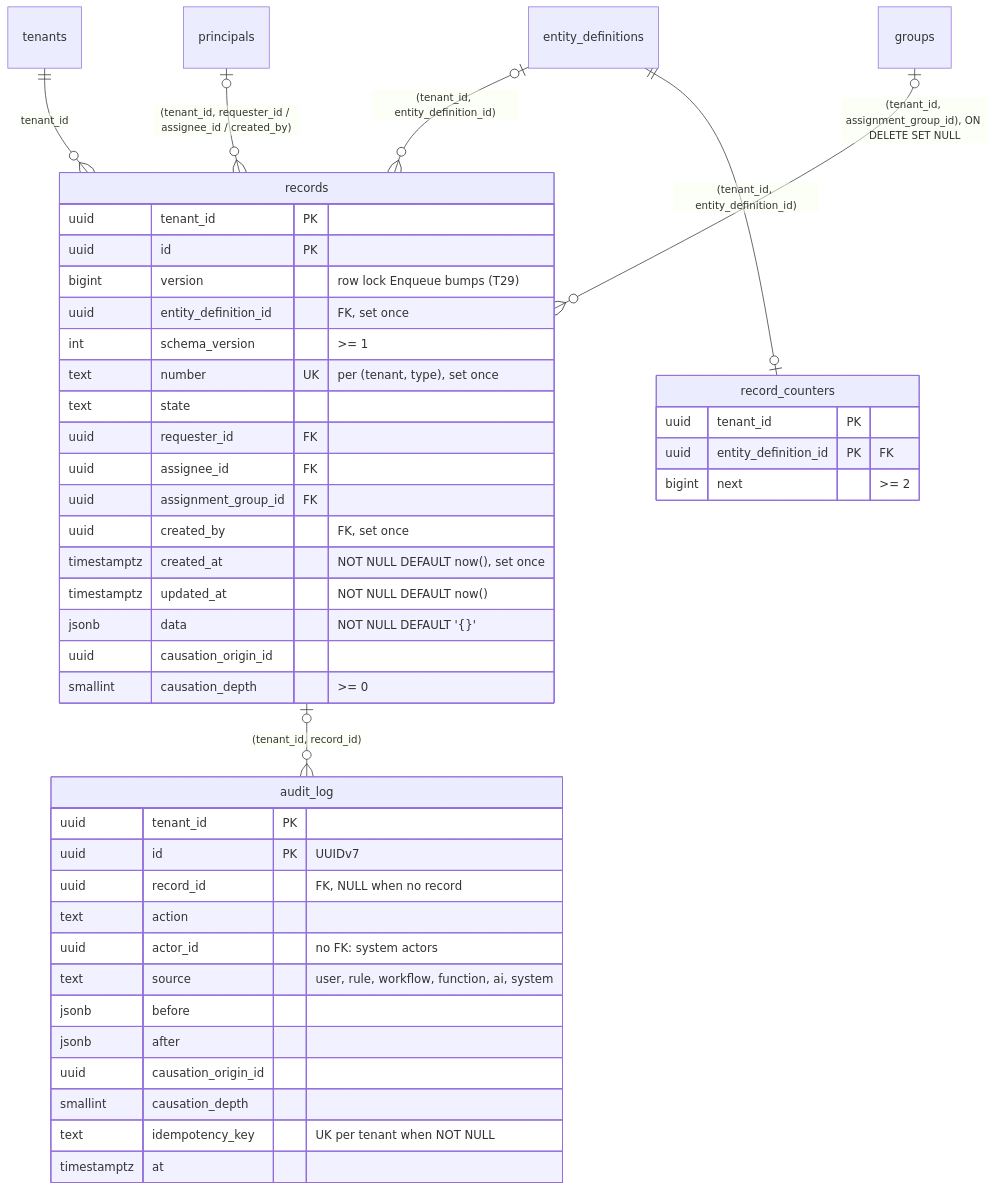
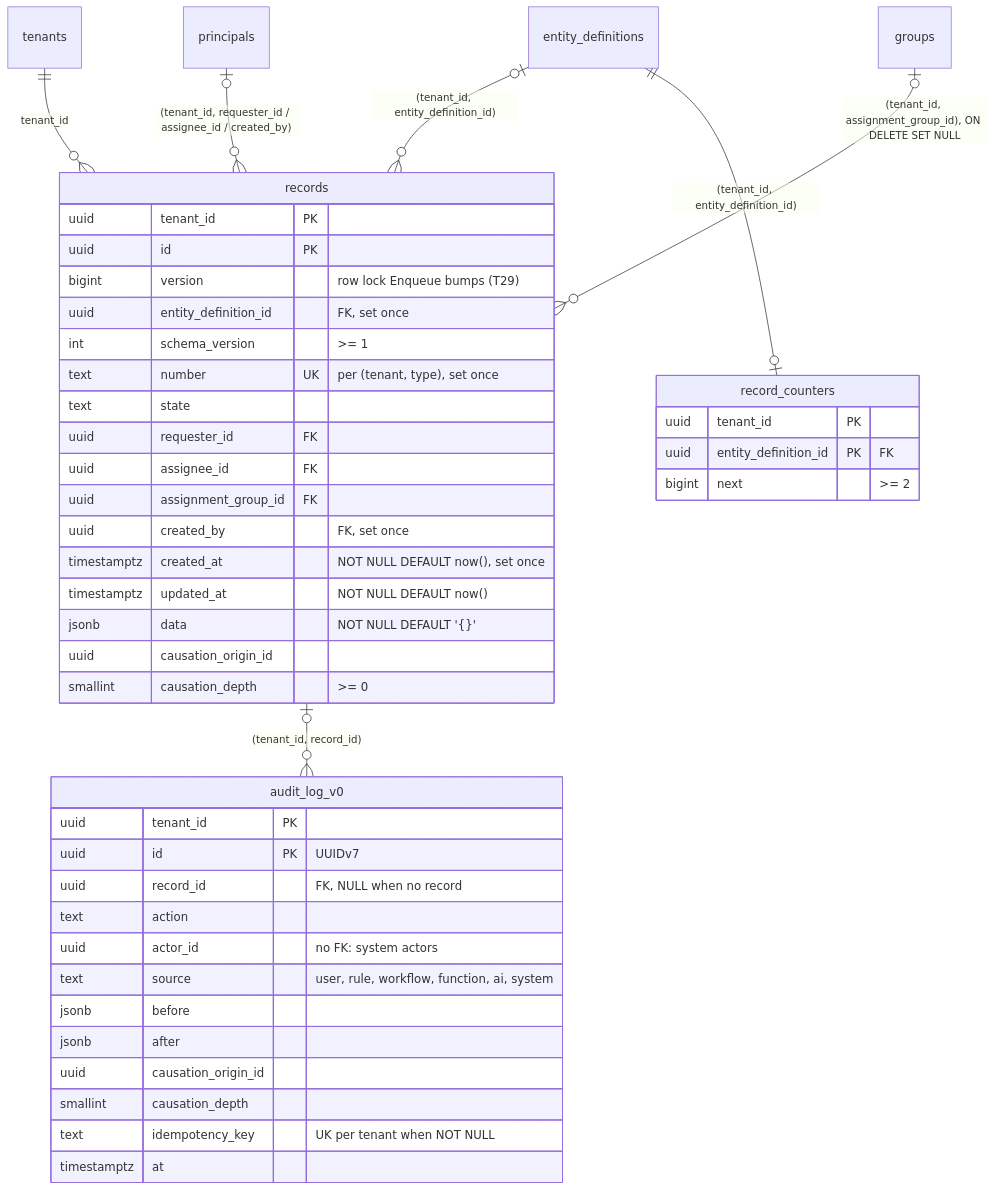
One commit to Navaladi2019/TicketingSystem changed the third of 3 diagrams in docs/data/platform-tables.md. Above: the diagram before and after it, drawn with Mermaid. The commit also changed other lines of this file and 4 other files, not shown here.

First line of the commit message:
P5-10a (TICK-427): re-point the S9 stack case and docs at audit_log_v0

````diff
--- a/docs/data/platform-tables.md
+++ b/docs/data/platform-tables.md
@@ -403,47 +409,47 @@
 ```mermaid
 erDiagram
     tenants ||--o{ records : "tenant_id"
     entity_definitions |o--o{ records : "(tenant_id, entity_definition_id)"
     principals |o--o{ records : "(tenant_id, requester_id / assignee_id / created_by)"
     groups |o--o{ records : "(tenant_id, assignment_group_id), ON DELETE SET NULL"
-    records |o--o{ audit_log : "(tenant_id, record_id)"
+    records |o--o{ audit_log_v0 : "(tenant_id, record_id)"
     entity_definitions ||--o| record_counters : "(tenant_id, entity_definition_id)"
 
     records {
         uuid tenant_id PK
         uuid id PK
         bigint version "row lock Enqueue bumps (T29)"
         uuid entity_definition_id "FK, set once"
         int schema_version ">= 1"
         text number UK "per (tenant, type), set once"
         text state
         uuid requester_id FK
         uuid assignee_id FK
         uuid assignment_group_id FK
         uuid created_by "FK, set once"
         timestamptz created_at "NOT NULL DEFAULT now(), set once"
         timestamptz updated_at "NOT NULL DEFAULT now()"
         jsonb data "NOT NULL DEFAULT '{}'"
         uuid causation_origin_id
         smallint causation_depth ">= 0"
     }
-    audit_log {
+    audit_log_v0 {
         uuid tenant_id PK
         uuid id PK "UUIDv7"
         uuid record_id "FK, NULL when no record"
         text action
         uuid actor_id "no FK: system actors"
         text source "user, rule, workflow, function, ai, system"
         jsonb before
         jsonb after
         uuid causation_origin_id
         smallint causation_depth
         text idempotency_key "UK per tenant when NOT NULL"
         timestamptz at
     }
     record_counters {
         uuid tenant_id PK
         uuid entity_definition_id PK "FK"
         bigint next ">= 2"
     }
 ```
````
